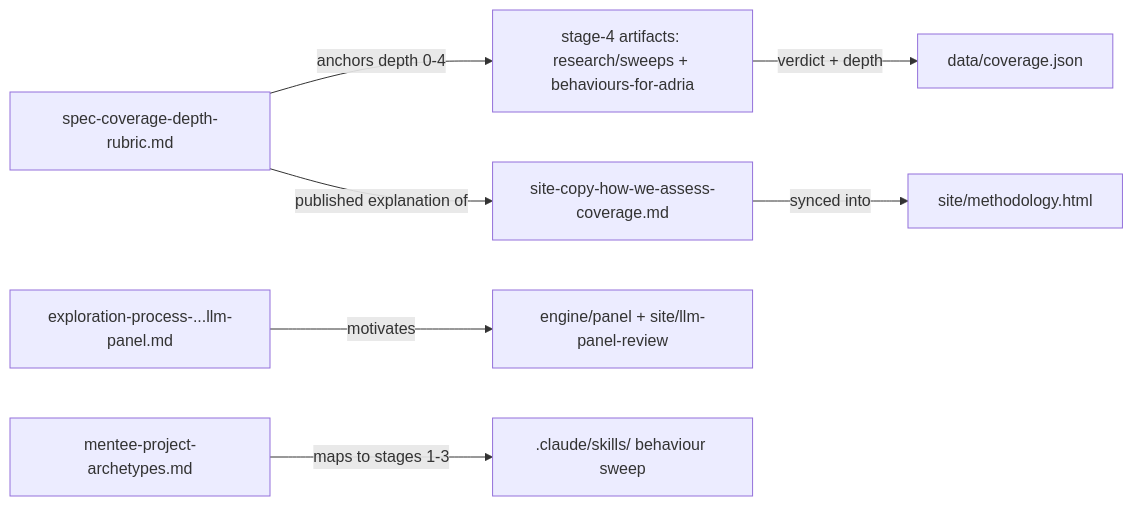
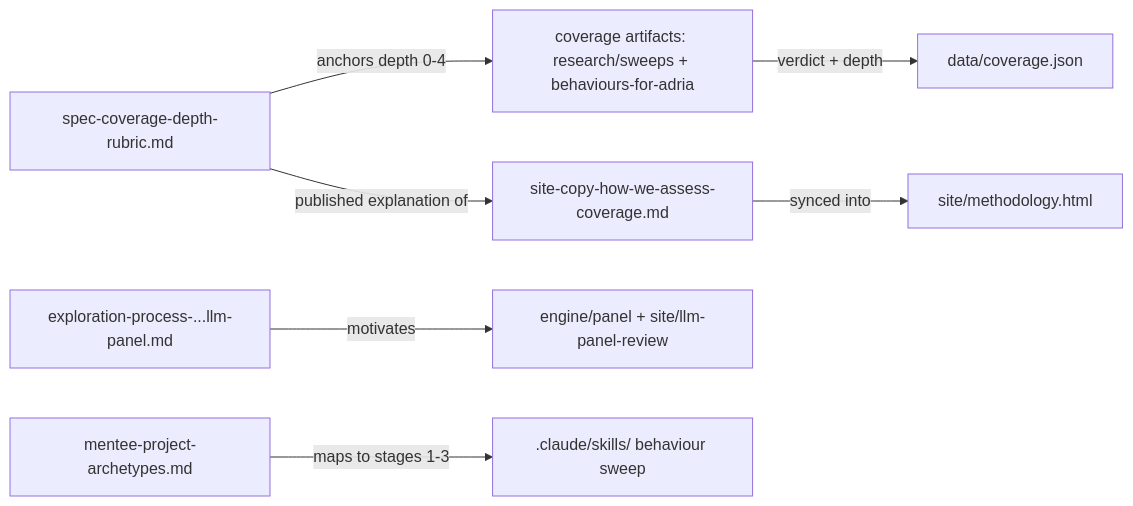
The diagram in methodology/OVERVIEW.md (AndresCotton/ai-character-index), drawn with Mermaid before and after one commit. The commit also changed other lines of this file and 36 other files, not shown here.

````diff
--- a/methodology/OVERVIEW.md
+++ b/methodology/OVERVIEW.md
@@ -20,9 +20,9 @@
 ```mermaid
 graph LR
-  RUBRIC["spec-coverage-depth-rubric.md"] -->|anchors depth 0-4| SWEEP["stage-4 artifacts: research/sweeps + behaviours-for-adria"]
+  RUBRIC["spec-coverage-depth-rubric.md"] -->|anchors depth 0-4| SWEEP["coverage artifacts: research/sweeps + behaviours-for-adria"]
   SWEEP -->|verdict + depth| COVERAGE["data/coverage.json"]
   SITECOPY["site-copy-how-we-assess-coverage.md"] -->|synced into| METHOD["site/methodology.html"]
   RUBRIC -->|published explanation of| SITECOPY
   EXPLORE["exploration-process-...llm-panel.md"] -->|motivates| PANEL["engine/panel + site/llm-panel-review"]
   MENTEE["mentee-project-archetypes.md"] -->|maps to stages 1-3| SKILLS[".claude/skills/ behaviour sweep"]
 ```
````
